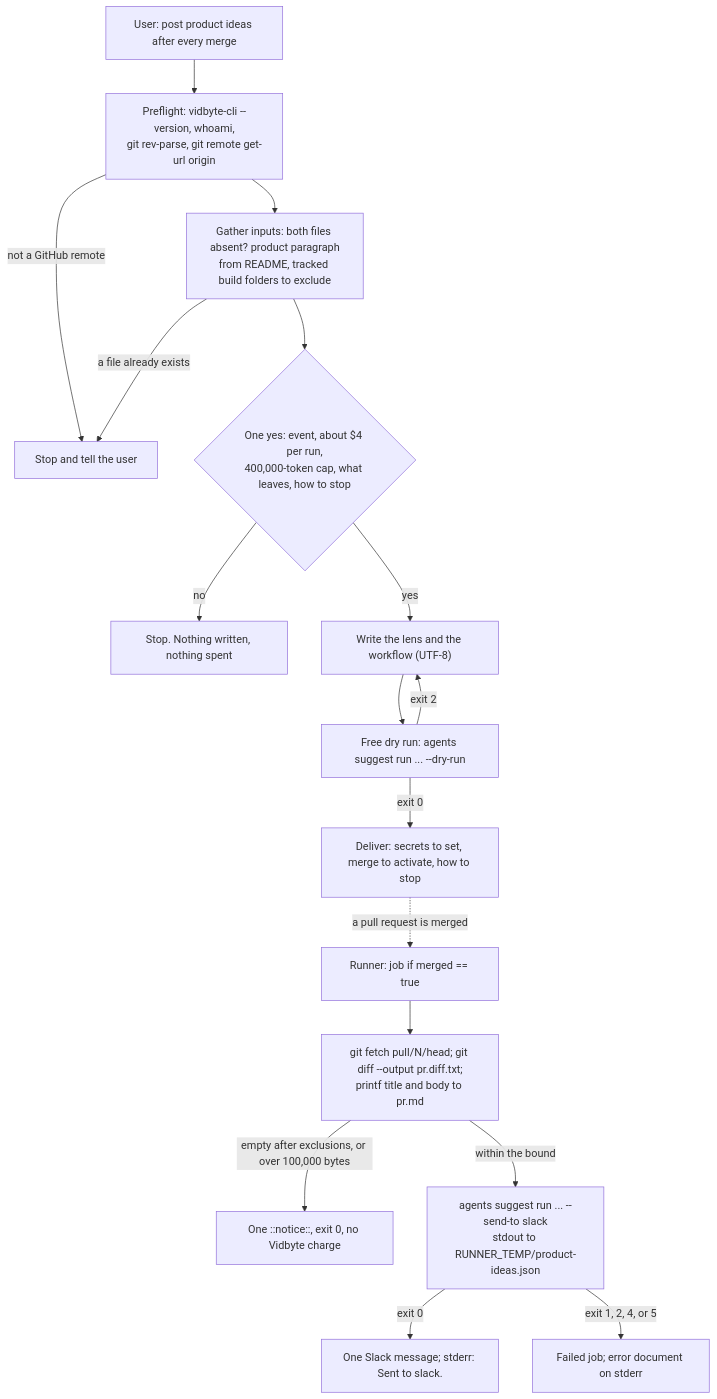
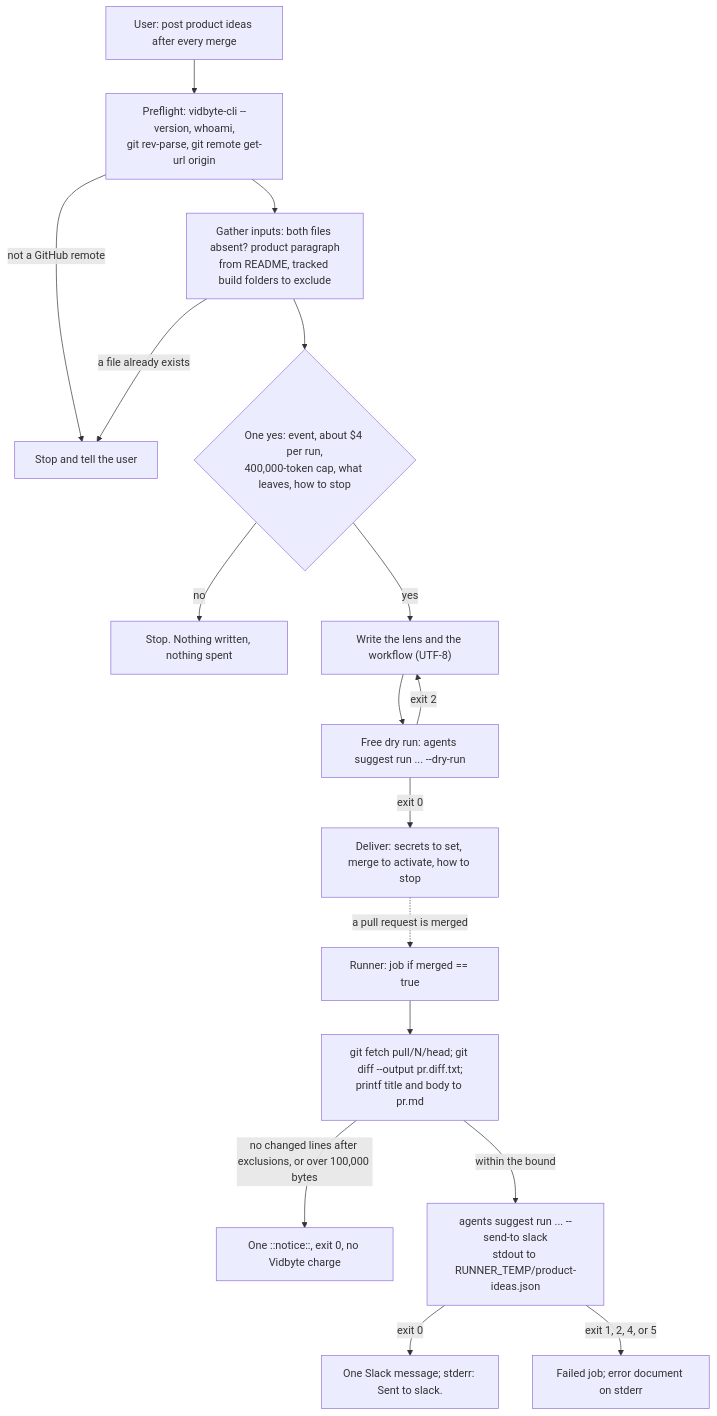
The diagram in docs/design/product-ideas-after-merge.md (cerredz/vidbyte-cli), drawn with Mermaid before and after one commit. The commit also changed other lines of this file and 1 other file, not shown here.

First line of the commit message:
fix(skills): skip pull requests whose diff has no changed lines [R-3]

````diff
--- a/docs/design/product-ideas-after-merge.md
+++ b/docs/design/product-ideas-after-merge.md
@@ -27,19 +27,19 @@
 ```mermaid
 flowchart TD
     U["User: post product ideas after every merge"] --> P["Preflight: vidbyte-cli --version, whoami,<br/>git rev-parse, git remote get-url origin"]
     P -->|not a GitHub remote| X["Stop and tell the user"]
     P --> G["Gather inputs: both files absent? product paragraph<br/>from README, tracked build folders to exclude"]
     G -->|a file already exists| X
     G --> C{"One yes: event, about $4 per run,<br/>400,000-token cap, what leaves, how to stop"}
     C -->|no| Z["Stop. Nothing written, nothing spent"]
     C -->|yes| W["Write the lens and the workflow (UTF-8)"]
     W --> D["Free dry run: agents suggest run ... --dry-run"]
     D -->|exit 2| W
     D -->|exit 0| H["Deliver: secrets to set, merge to activate, how to stop"]
     H -.->|a pull request is merged| R["Runner: job if merged == true"]
     R --> F["git fetch pull/N/head; git diff --output pr.diff.txt;<br/>printf title and body to pr.md"]
-    F -->|empty after exclusions, or over 100,000 bytes| N["One ::notice::, exit 0, no Vidbyte charge"]
+    F -->|no changed lines after exclusions, or over 100,000 bytes| N["One ::notice::, exit 0, no Vidbyte charge"]
     F -->|within the bound| S["agents suggest run ... --send-to slack<br/>stdout to RUNNER_TEMP/product-ideas.json"]
     S -->|exit 0| K["One Slack message; stderr: Sent to slack."]
     S -->|exit 1, 2, 4, or 5| E["Failed job; error document on stderr"]
 ```
````
